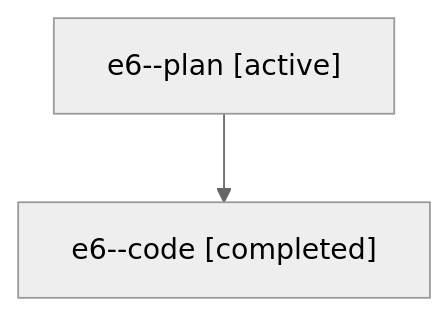
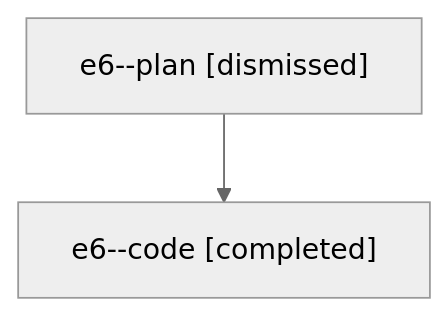
Before and after one commit to sase-org/sase--agents: the diagram in sessions/bbugyi200.athena.e6.md, drawn with Mermaid (neutral theme). The commit also changed other lines of this file and 36 other files, not shown here.

````diff
--- a/sessions/bbugyi200.athena.e6.md
+++ b/sessions/bbugyi200.athena.e6.md
@@ -9,6 +9,6 @@
 ```mermaid
 flowchart TD
-  n0["e6--plan [active]"]
+  n0["e6--plan [dismissed]"]
   n1["e6--code [completed]"]
   n0 --> n1
 ```
````
